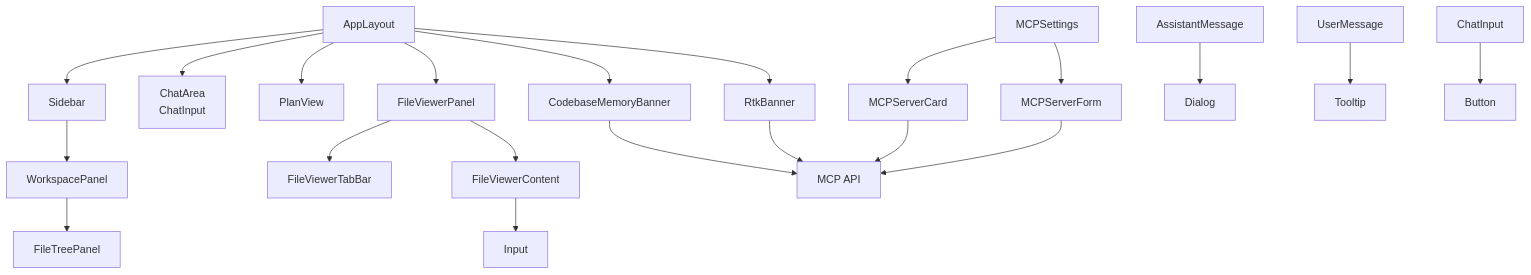
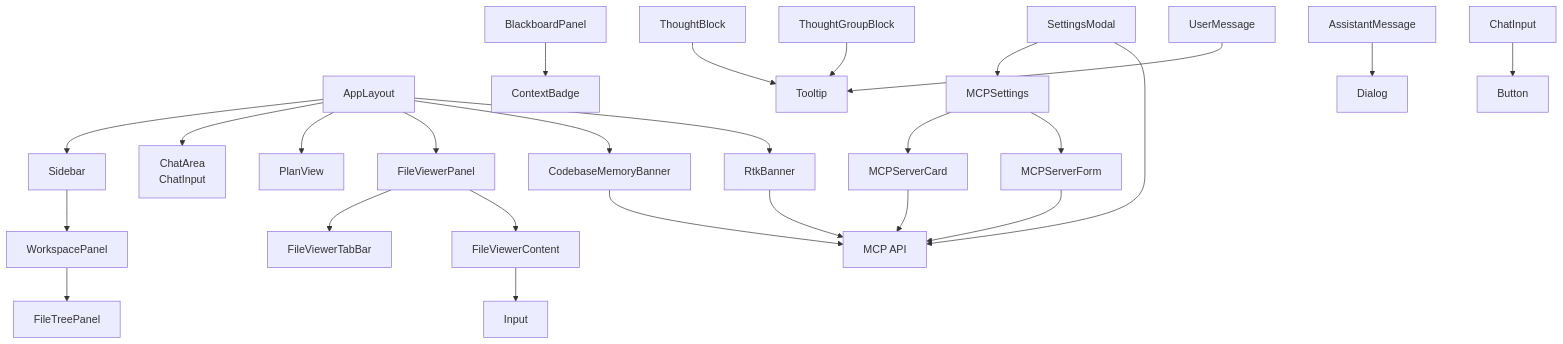
The second of 6 diagrams in .qoder/repowiki/en/content/Frontend Application/UI Components/UI Components.md (v0lka/c0wrk), drawn with Mermaid before and after one commit. The commit also changed other lines of this file and 52 other files, not shown here.

````diff
--- a/.qoder/repowiki/en/content/Frontend Application/UI Components/UI Components.md
+++ b/.qoder/repowiki/en/content/Frontend Application/UI Components/UI Components.md
@@ -213,23 +247,28 @@
 ```mermaid
 graph TB
 AL["AppLayout"] --> SB["Sidebar"]
 AL --> CHAT["ChatArea<br/>ChatInput"]
 AL --> PV["PlanView"]
 AL --> FVP["FileViewerPanel"]
 AL --> CMB["CodebaseMemoryBanner"]
 AL --> RTKB["RtkBanner"]
 SB --> WP["WorkspacePanel"]
 WP --> FTP["FileTreePanel"]
 FVP --> FVTB["FileViewerTabBar"]
 FVP --> FVC["FileViewerContent"]
 CMB --> MCF["MCP API"]
 RTKB --> MCF
+SM["SettingsModal"] --> MCP
+SM --> MCF
 MSC["MCPServerCard"] --> MCF
 MSF["MCPServerForm"] --> MCF
 MCP["MCPSettings"] --> MSC
 MCP --> MSF
+BB["BlackboardPanel"] --> CB["ContextBadge"]
+TB["ThoughtBlock"] --> TIP["Tooltip"]
+TGB["ThoughtGroupBlock"] --> TIP
 AM["AssistantMessage"] --> DLG["Dialog"]
 UM["UserMessage"] --> TIP["Tooltip"]
 CI["ChatInput"] --> BTN["Button"]
 FVC --> INP["Input"]
 ```
````
